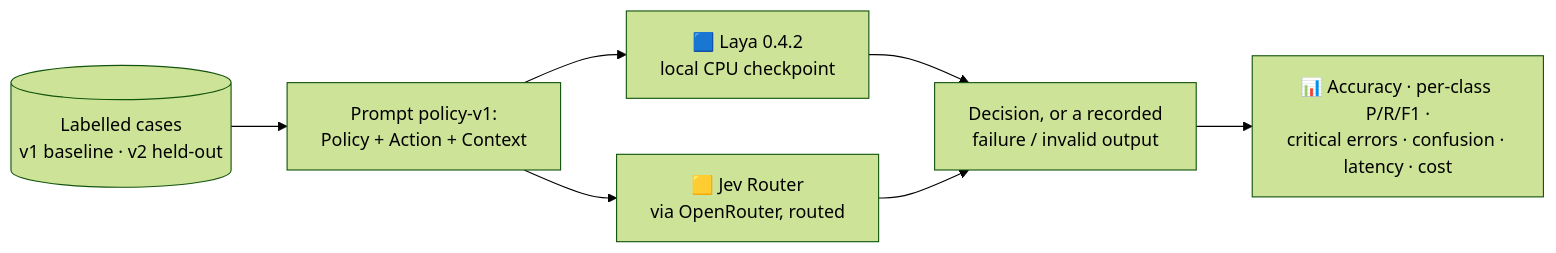
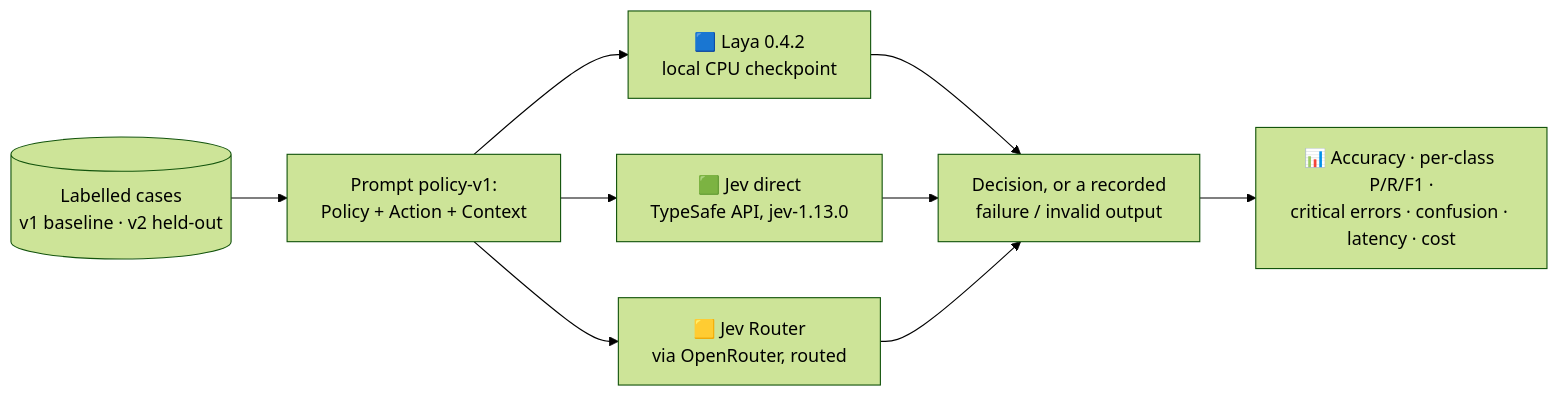
The diagram in README.md (lavanya1402/systemone-benchlab), drawn with Mermaid (forest theme) before and after one commit. The commit also changed other lines of this file and 7 other files, not shown here.

First line of the commit message:
Add Jev direct decision model via TypeSafe API

````diff
--- a/README.md
+++ b/README.md
@@ -80,9 +93,11 @@
 ```mermaid
 flowchart LR
     D[(Labelled cases<br/>v1 baseline · v2 held-out)] --> P[Prompt policy-v1:<br/>Policy + Action + Context]
     P --> L[🟦 Laya 0.4.2<br/>local CPU checkpoint]
+    P --> T[🟩 Jev direct<br/>TypeSafe API, jev-1.13.0]
     P --> J[🟨 Jev Router<br/>via OpenRouter, routed]
     L --> R[Decision, or a recorded<br/>failure / invalid output]
+    T --> R
     J --> R
     R --> M[📊 Accuracy · per-class P/R/F1 ·<br/>critical errors · confusion · latency · cost]
 ```
````
